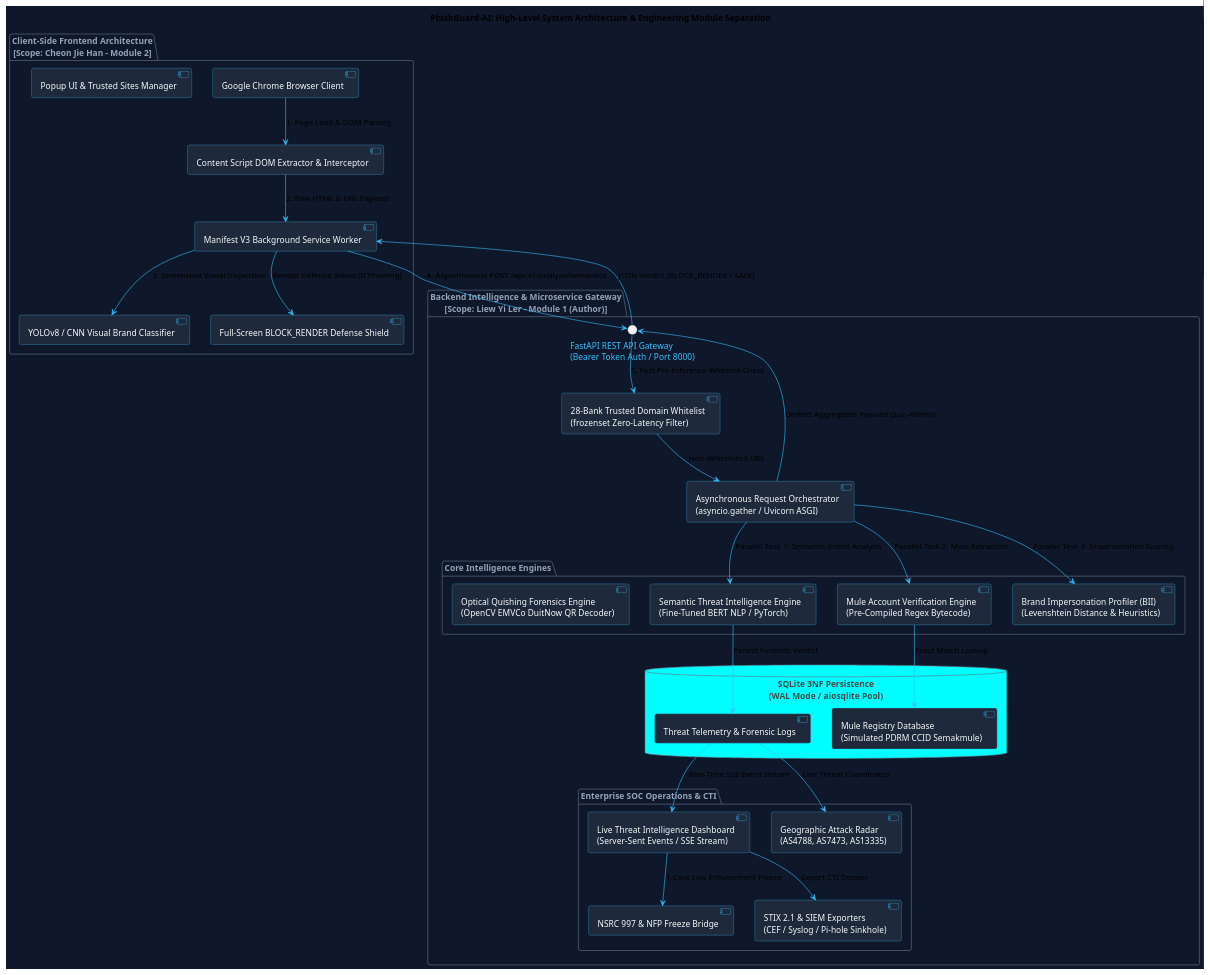
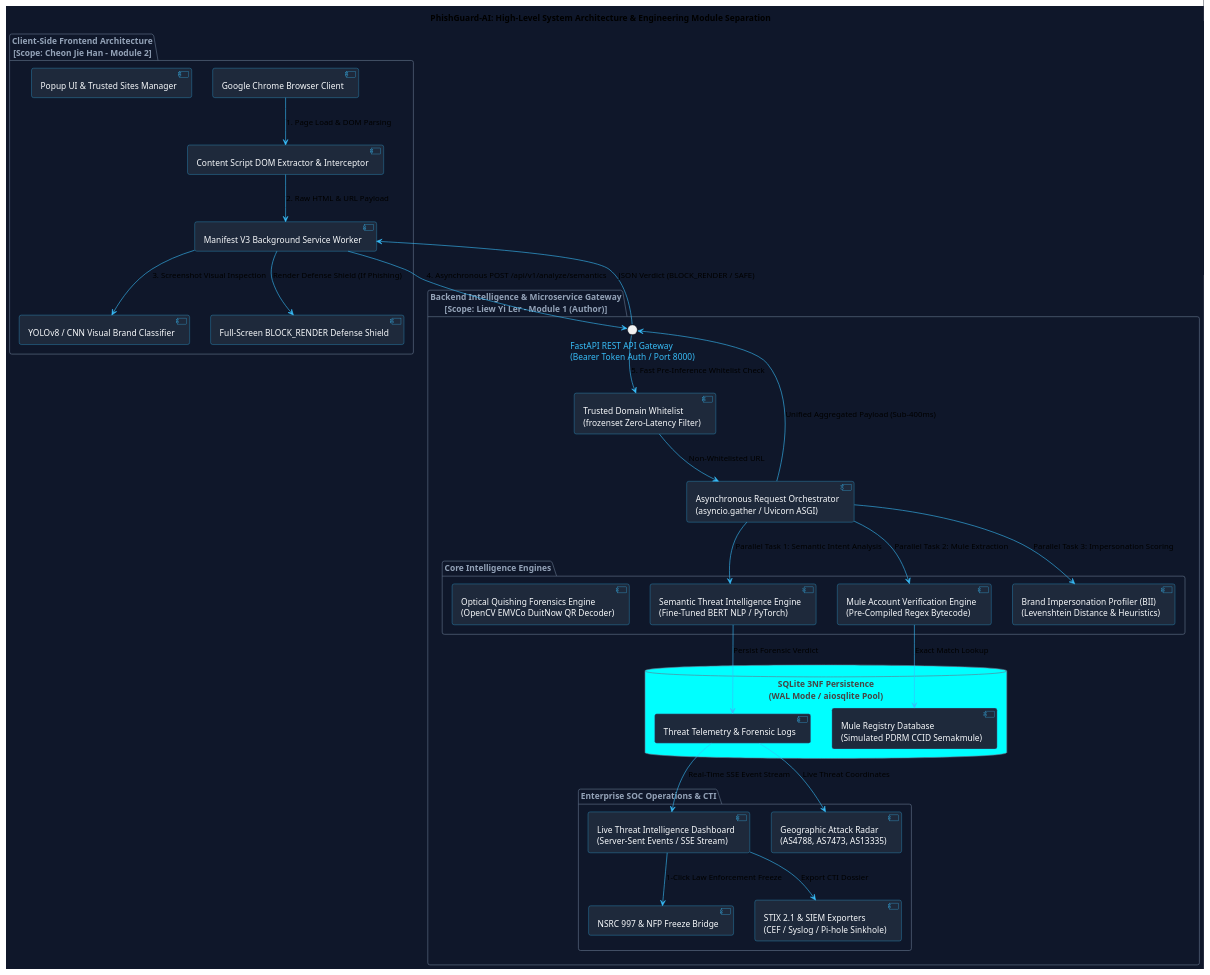
Before and after one commit to KunTheNoobie/PhishGuard-AI-Complete: the first of 3 diagrams in report/diagrams/Chapter_1_Diagrams.puml, drawn with PlantUML. The commit also changed other lines of this file and 104 other files, not shown here.

```diff
--- a/report/diagrams/Chapter_1_Diagrams.puml
+++ b/report/diagrams/Chapter_1_Diagrams.puml
@@ -1,67 +1,67 @@
 @startuml System_Architecture_Chapter_1
 !theme vibrant
 skinparam backgroundColor #0f172a
 skinparam ArrowColor #38bdf8
 skinparam ComponentBorderColor #38bdf8
 skinparam ComponentBackgroundColor #1e293b
 skinparam ComponentFontColor #f8fafc
 skinparam InterfaceFontColor #38bdf8
 skinparam PackageBorderColor #64748b
 skinparam PackageFontColor #94a3b8
 
 title PhishGuard-AI: High-Level System Architecture & Engineering Module Separation
 
 package "Client-Side Frontend Architecture\n[Scope: Cheon Jie Han - Module 2]" {
     [Google Chrome Browser Client] as ChromeClient
     [Manifest V3 Background Service Worker] as ServiceWorker
     [Content Script DOM Extractor & Interceptor] as ContentScript
     [YOLOv8 / CNN Visual Brand Classifier] as VisualEngine
     [Popup UI & Trusted Sites Manager] as PopupUI
     [Full-Screen BLOCK_RENDER Defense Shield] as BlockOverlay
 }
 
 package "Backend Intelligence & Microservice Gateway\n[Scope: Liew Yi Ler - Module 1 (Author)]" {
     interface "FastAPI REST API Gateway\n(Bearer Token Auth / Port 8000)" as APIGateway
     [Asynchronous Request Orchestrator\n(asyncio.gather / Uvicorn ASGI)] as Orchestrator
-    [28-Bank Trusted Domain Whitelist\n(frozenset Zero-Latency Filter)] as WhitelistEngine
+    [Trusted Domain Whitelist\n(frozenset Zero-Latency Filter)] as WhitelistEngine
     
     package "Core Intelligence Engines" {
         [Semantic Threat Intelligence Engine\n(Fine-Tuned BERT NLP / PyTorch)] as BERTEngine
         [Mule Account Verification Engine\n(Pre-Compiled Regex Bytecode)] as RegexEngine
         [Brand Impersonation Profiler (BII)\n(Levenshtein Distance & Heuristics)] as BrandProfiler
         [Optical Quishing Forensics Engine\n(OpenCV EMVCo DuitNow QR Decoder)] as QuishingEngine
     }
     
     database "SQLite 3NF Persistence\n(WAL Mode / aiosqlite Pool)" {
         [Mule Registry Database\n(Simulated PDRM CCID Semakmule)] as MuleDB
         [Threat Telemetry & Forensic Logs] as TelemetryDB
     }
 
     package "Enterprise SOC Operations & CTI" {
         [Live Threat Intelligence Dashboard\n(Server-Sent Events / SSE Stream)] as Dashboard
         [Geographic Attack Radar\n(AS4788, AS7473, AS13335)] as GeoRadar
         [NSRC 997 & NFP Freeze Bridge] as NFPBridge
         [STIX 2.1 & SIEM Exporters\n(CEF / Syslog / Pi-hole Sinkhole)] as SIEMExporter
     }
 }
 
 ChromeClient --> ContentScript : 1. Page Load & DOM Parsing
 ContentScript --> ServiceWorker : 2. Raw HTML & URL Payload
 ServiceWorker --> VisualEngine : 3. Screenshot Visual Inspection
 ServiceWorker --> APIGateway : 4. Asynchronous POST /api/v1/analyze/semantics
 APIGateway --> WhitelistEngine : 5. Fast Pre-Inference Whitelist Check
 WhitelistEngine --> Orchestrator : Non-Whitelisted URL
 Orchestrator --> BERTEngine : Parallel Task 1: Semantic Intent Analysis
 Orchestrator --> RegexEngine : Parallel Task 2: Mule Extraction
 RegexEngine --> MuleDB : Exact Match Lookup
 Orchestrator --> BrandProfiler : Parallel Task 3: Impersonation Scoring
 BERTEngine --> TelemetryDB : Persist Forensic Verdict
 Orchestrator --> APIGateway : Unified Aggregated Payload (Sub-400ms)
 APIGateway --> ServiceWorker : JSON Verdict (BLOCK_RENDER / SAFE)
 ServiceWorker --> BlockOverlay : Render Defense Shield (If Phishing)
 TelemetryDB --> Dashboard : Real-Time SSE Event Stream
 TelemetryDB --> GeoRadar : Live Threat Coordinates
 Dashboard --> NFPBridge : 1-Click Law Enforcement Freeze
 Dashboard --> SIEMExporter : Export CTI Dossier
 
 @enduml
```
